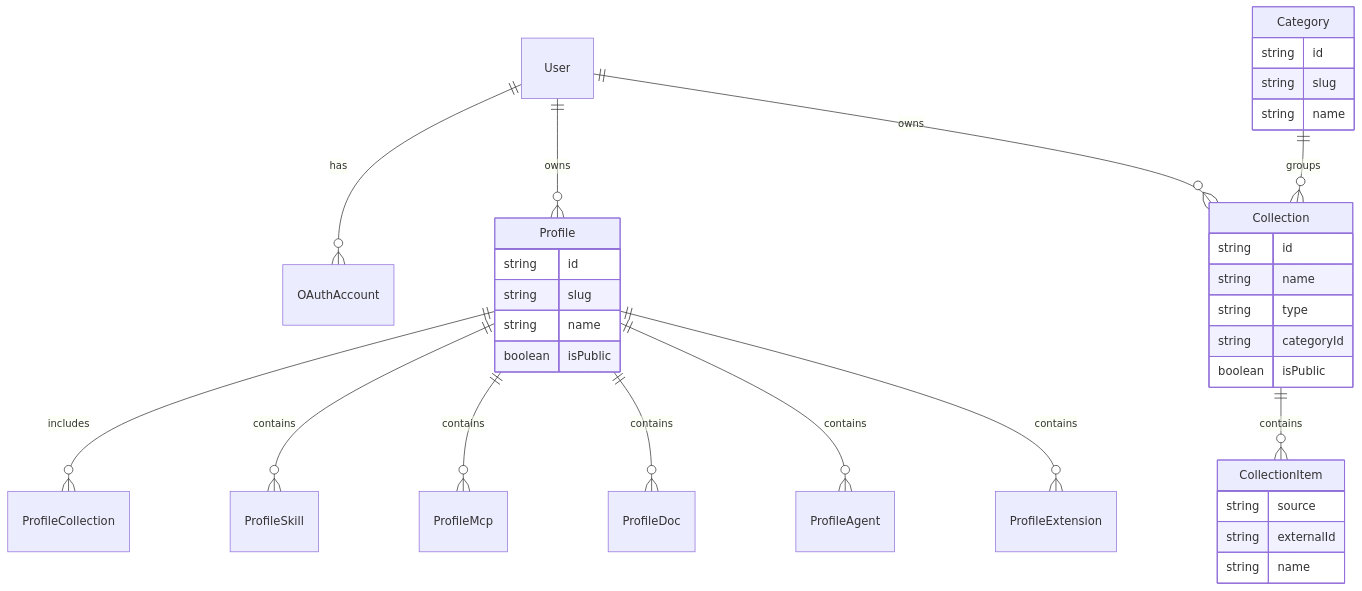
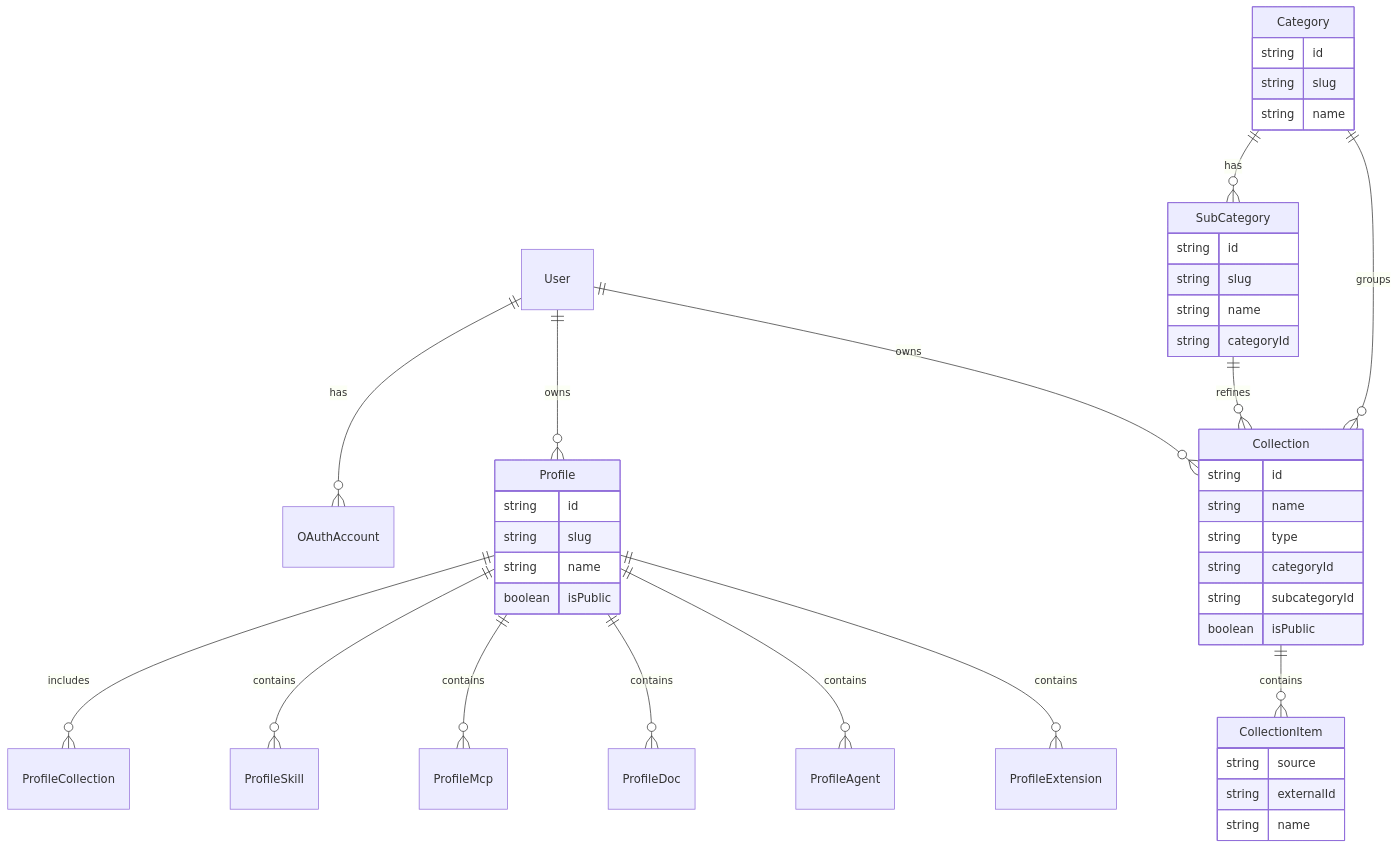
The first of 2 diagrams in prd_my_collec_skills.plan.md (luizfilipeschaeffer/my-collec-skills), drawn with Mermaid before and after one commit. The commit also changed other lines of this file and 1 other file, not shown here.

Commit message:
Update PRD and README to include category/subcategory structure for collections, add CLI and IDE extension details, and refine project tasks.

````diff
--- a/prd_my_collec_skills.plan.md
+++ b/prd_my_collec_skills.plan.md
@@ -95,37 +134,46 @@
 ```mermaid
 erDiagram
   User ||--o{ OAuthAccount : has
   User ||--o{ Profile : owns
   User ||--o{ Collection : owns
+  Category ||--o{ SubCategory : has
   Category ||--o{ Collection : groups
+  SubCategory ||--o{ Collection : refines
   Collection ||--o{ CollectionItem : contains
   Profile ||--o{ ProfileCollection : includes
   Profile ||--o{ ProfileSkill : contains
   Profile ||--o{ ProfileMcp : contains
   Profile ||--o{ ProfileDoc : contains
   Profile ||--o{ ProfileAgent : contains
   Profile ||--o{ ProfileExtension : contains
   Category {
     string id
     string slug
     string name
   }
+  SubCategory {
+    string id
+    string slug
+    string name
+    string categoryId
+  }
   Collection {
     string id
     string name
     string type
     string categoryId
+    string subcategoryId
     boolean isPublic
   }
   CollectionItem {
     string source
     string externalId
     string name
   }
   Profile {
     string id
     string slug
     string name
     boolean isPublic
   }
 ```
````
